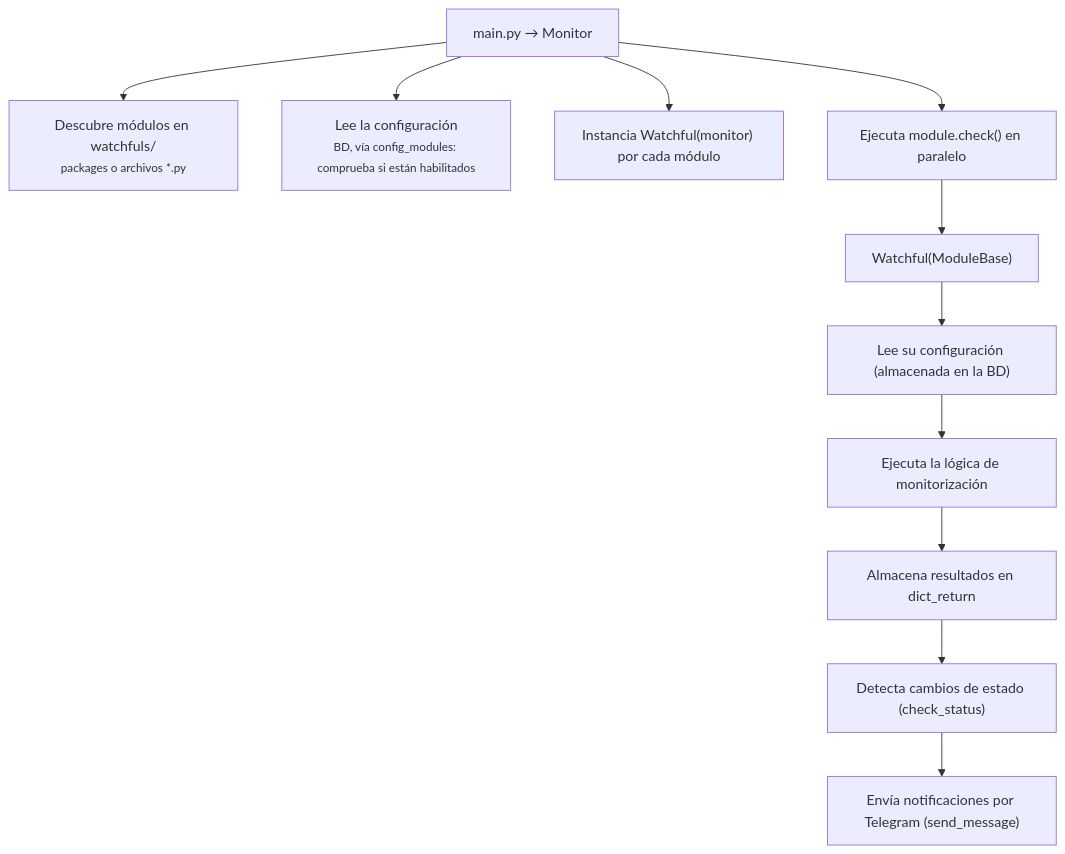
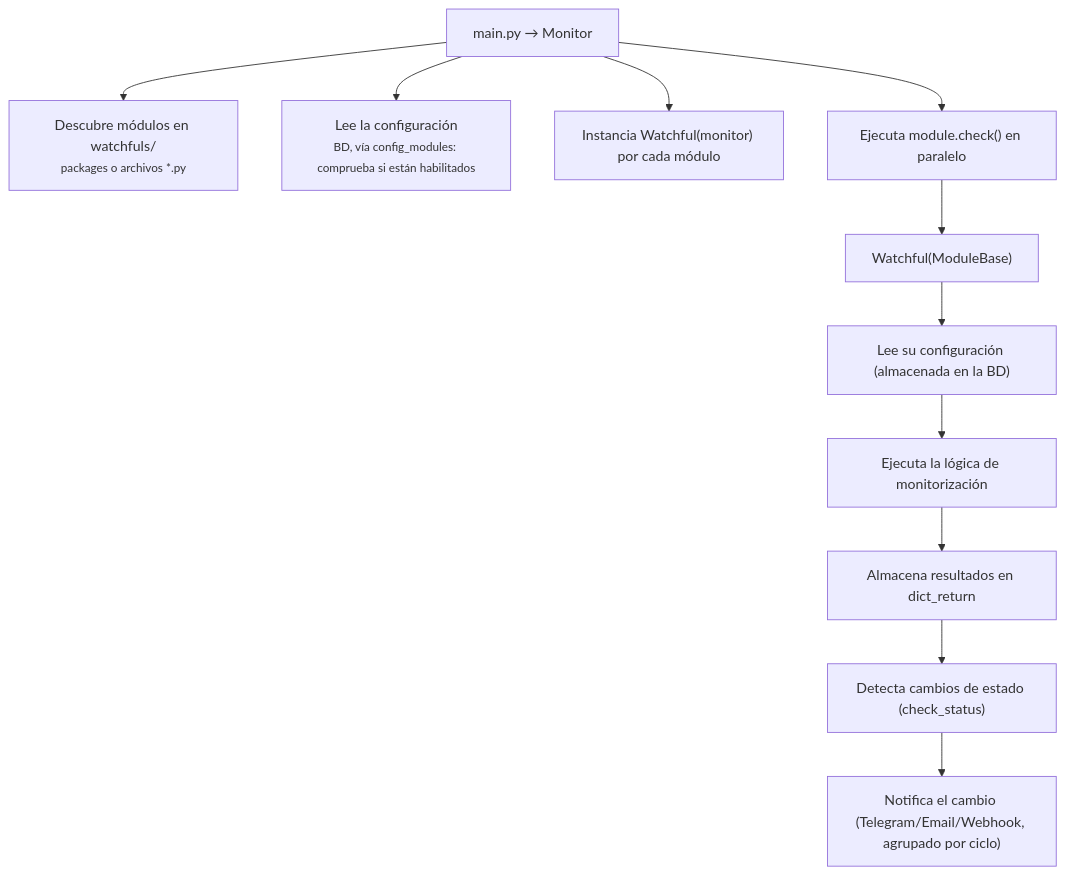
The diagram in docs/watchful_guide.md (vsc55/ServiceSentry), drawn with Mermaid before and after one commit. The commit also changed other lines of this file and 15 other files, not shown here.

````diff
--- a/docs/watchful_guide.md
+++ b/docs/watchful_guide.md
@@ -9,14 +9,14 @@
 ```mermaid
 flowchart TD
     main["main.py → Monitor"]
     main --> d1["Descubre módulos en watchfuls/<br/><small>packages o archivos *.py</small>"]
     main --> d2["Lee la configuración<br/><small>BD, vía config_modules: comprueba si están habilitados</small>"]
     main --> d3["Instancia Watchful(monitor) por cada módulo"]
     main --> d4["Ejecuta module.check() en paralelo"]
     d4 --> w["Watchful(ModuleBase)"]
     w --> w1["Lee su configuración (almacenada en la BD)"]
     w1 --> w2["Ejecuta la lógica de monitorización"]
     w2 --> w3["Almacena resultados en dict_return"]
     w3 --> w4["Detecta cambios de estado (check_status)"]
-    w4 --> w5["Envía notificaciones por Telegram (send_message)"]
+    w4 --> w5["Notifica el cambio (Telegram/Email/Webhook, agrupado por ciclo)"]
 ```
````
